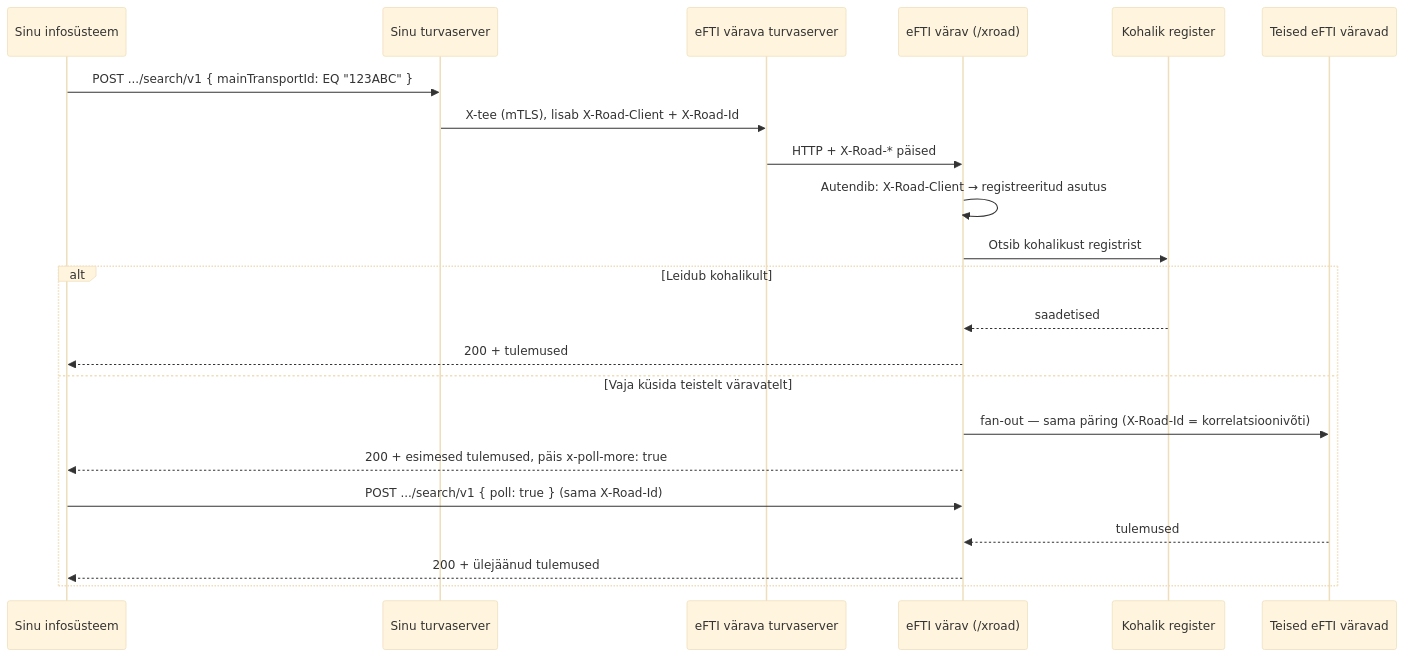
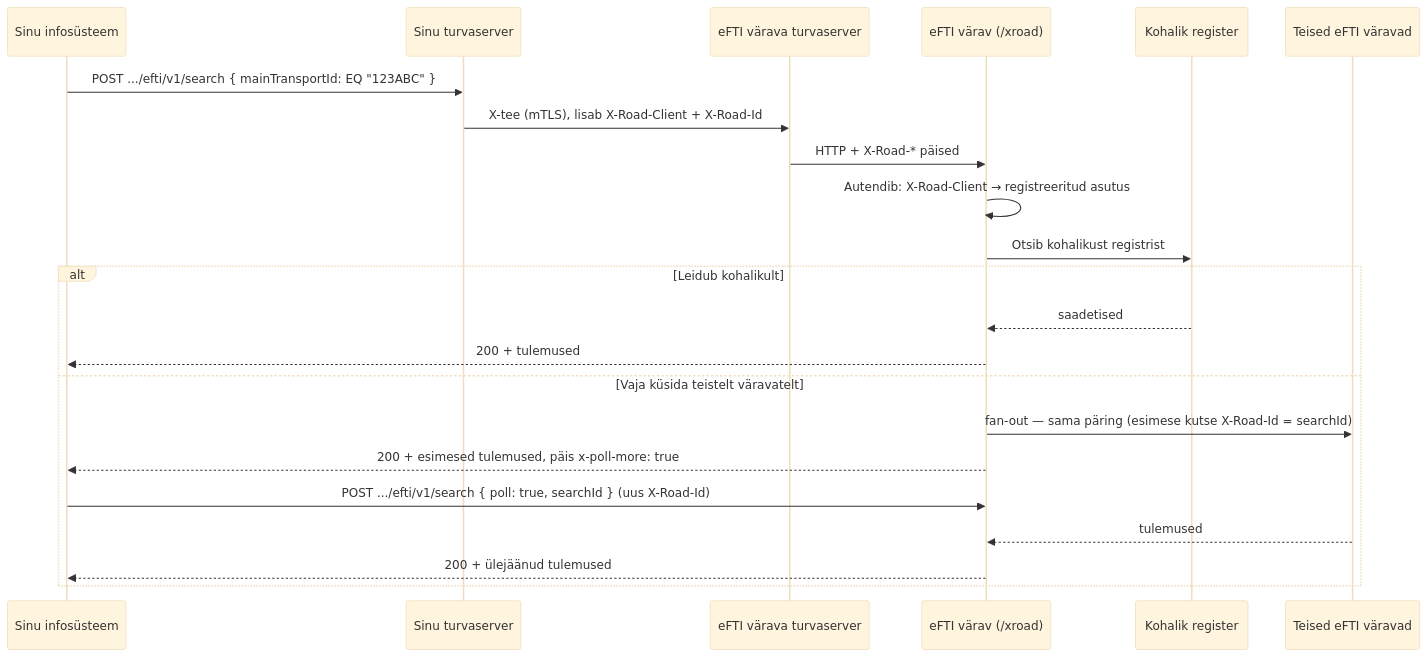
One commit to kemit-ee/efti-gate-ee changed the second of 2 diagrams in docs/developer/x_road_authority_integration_guide.md. Above: the diagram before and after it, drawn with Mermaid (base theme). The commit also changed other lines of this file and 12 other files, not shown here.

````diff
--- a/docs/developer/x_road_authority_integration_guide.md
+++ b/docs/developer/x_road_authority_integration_guide.md
@@ -29,26 +29,26 @@
 ```mermaid
 sequenceDiagram
   participant IS as Sinu infosüsteem
   participant SS1 as Sinu turvaserver
   participant SS2 as eFTI värava turvaserver
   participant GW as eFTI värav (/xroad)
   participant DB as Kohalik register
   participant PEERS as Teised eFTI väravad
 
-  IS->>SS1: POST .../search/v1 { mainTransportId: EQ "123ABC" }
+  IS->>SS1: POST .../efti/v1/search { mainTransportId: EQ "123ABC" }
   SS1->>SS2: X-tee (mTLS), lisab X-Road-Client + X-Road-Id
   SS2->>GW: HTTP + X-Road-* päised
   GW->>GW: Autendib: X-Road-Client → registreeritud asutus
   GW->>DB: Otsib kohalikust registrist
 
   alt Leidub kohalikult
     DB-->>GW: saadetised
     GW-->>IS: 200 + tulemused
   else Vaja küsida teistelt väravatelt
-    GW->>PEERS: fan-out — sama päring (X-Road-Id = korrelatsioonivõti)
+    GW->>PEERS: fan-out — sama päring (esimese kutse X-Road-Id = searchId)
     GW-->>IS: 200 + esimesed tulemused, päis x-poll-more: true
-    IS->>GW: POST .../search/v1 { poll: true } (sama X-Road-Id)
+    IS->>GW: POST .../efti/v1/search { poll: true, searchId } (uus X-Road-Id)
     PEERS-->>GW: tulemused
     GW-->>IS: 200 + ülejäänud tulemused
   end
 ```
````
